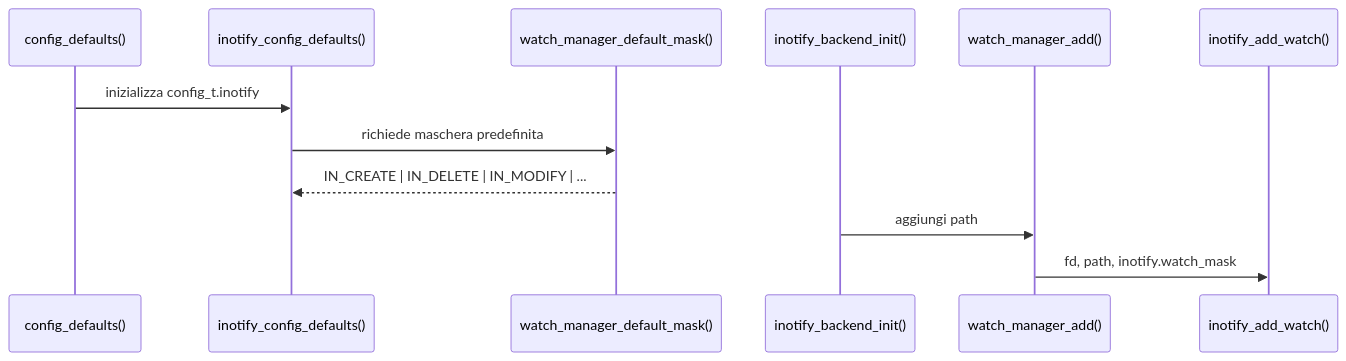
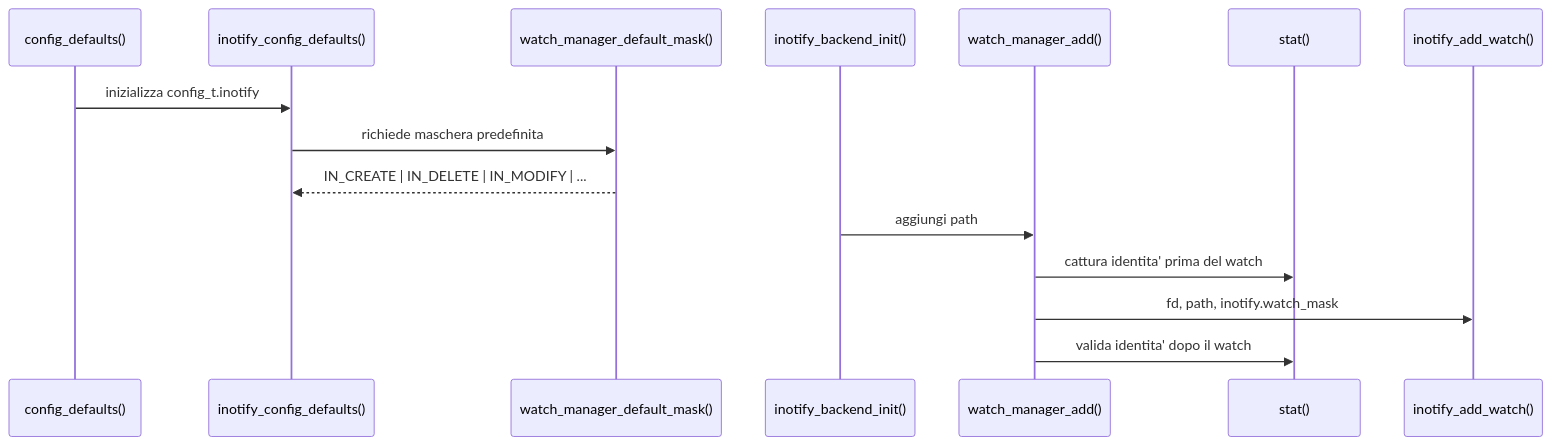
The ninth of 17 diagrams in docs/it/16-mappa-codice-e-strutture.md (kinderp/alfred), drawn with Mermaid before and after one commit. The commit also changed other lines of this file and 7 other files, not shown here.

````diff
--- a/docs/it/16-mappa-codice-e-strutture.md
+++ b/docs/it/16-mappa-codice-e-strutture.md
@@ -531,15 +532,18 @@
 ```mermaid
 sequenceDiagram
     participant Config as config_defaults()
     participant InCfg as inotify_config_defaults()
     participant Mask as watch_manager_default_mask()
     participant App as inotify_backend_init()
     participant Watch as watch_manager_add()
+    participant Stat as stat()
     participant Kernel as inotify_add_watch()
 
     Config->>InCfg: inizializza config_t.inotify
     InCfg->>Mask: richiede maschera predefinita
     Mask-->>InCfg: IN_CREATE | IN_DELETE | IN_MODIFY | ...
     App->>Watch: aggiungi path
+    Watch->>Stat: cattura identita' prima del watch
     Watch->>Kernel: fd, path, inotify.watch_mask
+    Watch->>Stat: valida identita' dopo il watch
 ```
````
